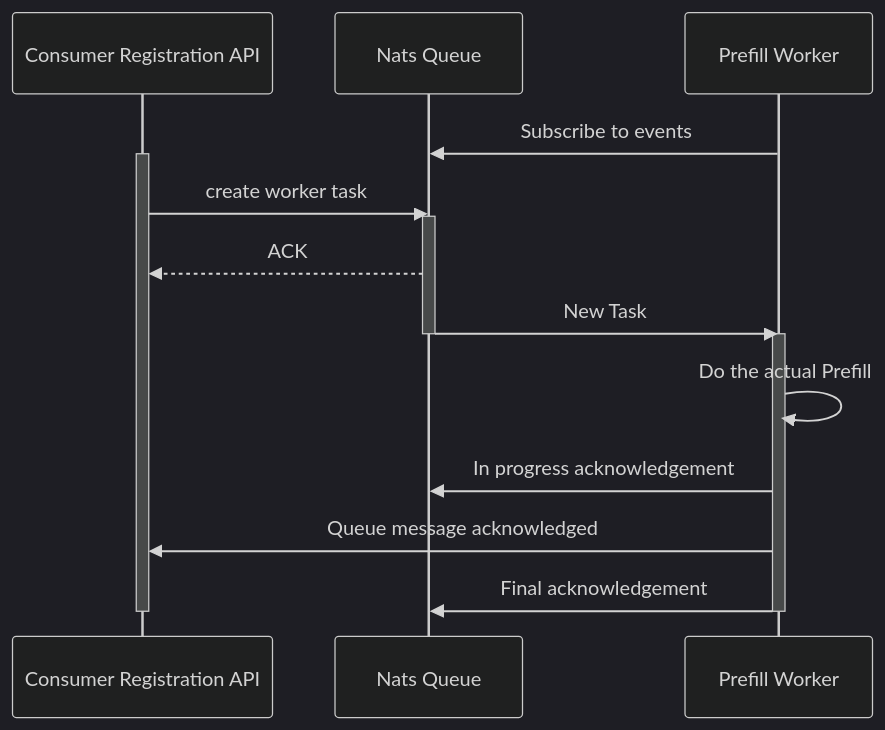
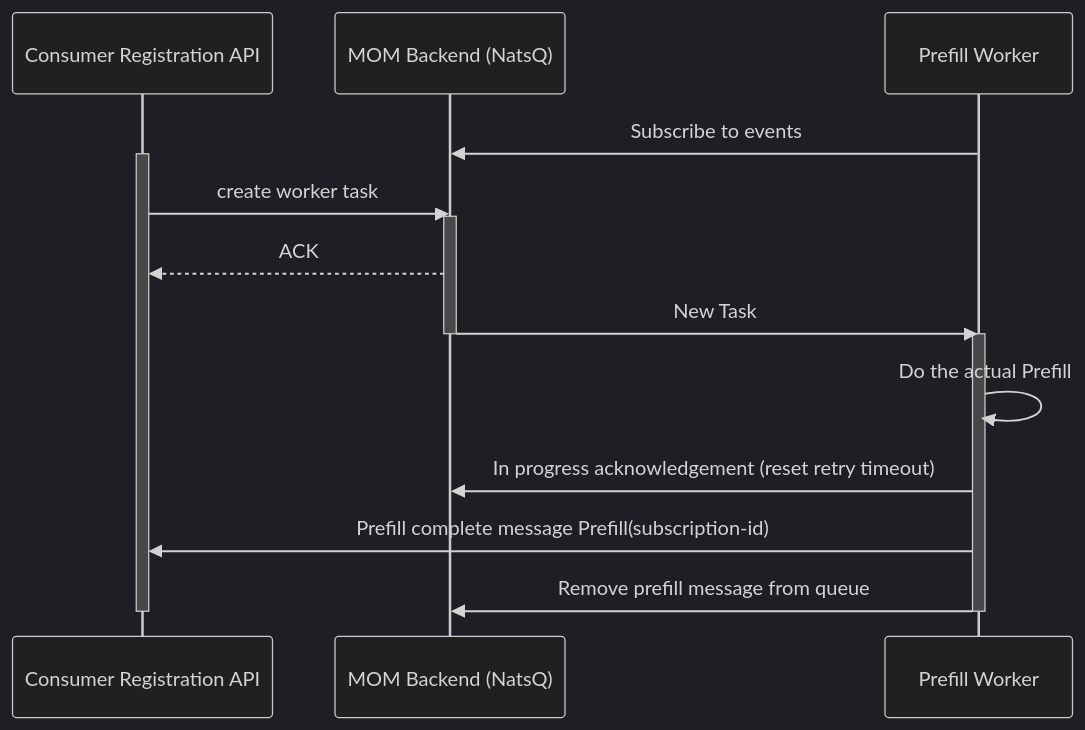
Before and after one commit to univention/provisioning-api: the third of 4 diagrams in docs/prefill/prefill-architecture.md, drawn with Mermaid (dark theme). The commit also changed other lines of this file and 1 other file, not shown here.

````diff
--- a/docs/prefill/prefill-architecture.md
+++ b/docs/prefill/prefill-architecture.md
@@ -121,21 +119,21 @@
 ```mermaid
 sequenceDiagram
     participant ConsumerRegAPI as Consumer Registration API
-    participant NatsQ as Nats Queue
+    participant NatsQ as MOM Backend (NatsQ)
     participant PrefillWorker as Prefill Worker
 
     PrefillWorker->>NatsQ: Subscribe to events
     activate ConsumerRegAPI
     ConsumerRegAPI->>NatsQ: create worker task
     activate NatsQ
     NatsQ-->>ConsumerRegAPI: ACK
     NatsQ->>PrefillWorker: New Task
     activate PrefillWorker
     deactivate NatsQ
     PrefillWorker->>PrefillWorker: Do the actual Prefill
-    PrefillWorker->>NatsQ: In progress acknowledgement
-    PrefillWorker->>ConsumerRegAPI: Queue message acknowledged
-    PrefillWorker->>NatsQ: Final acknowledgement
+    PrefillWorker->>NatsQ: In progress acknowledgement (reset retry timeout)
+    PrefillWorker->>ConsumerRegAPI: Prefill complete message Prefill(subscription-id)
+    PrefillWorker->>NatsQ: Remove prefill message from queue
     deactivate PrefillWorker
     deactivate ConsumerRegAPI
 ```
````
